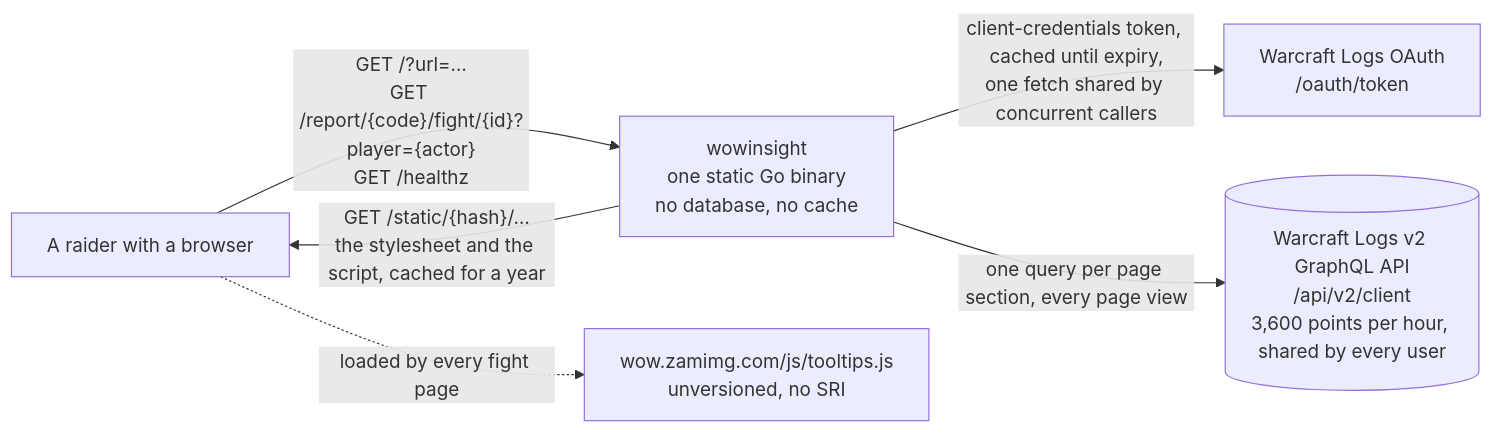
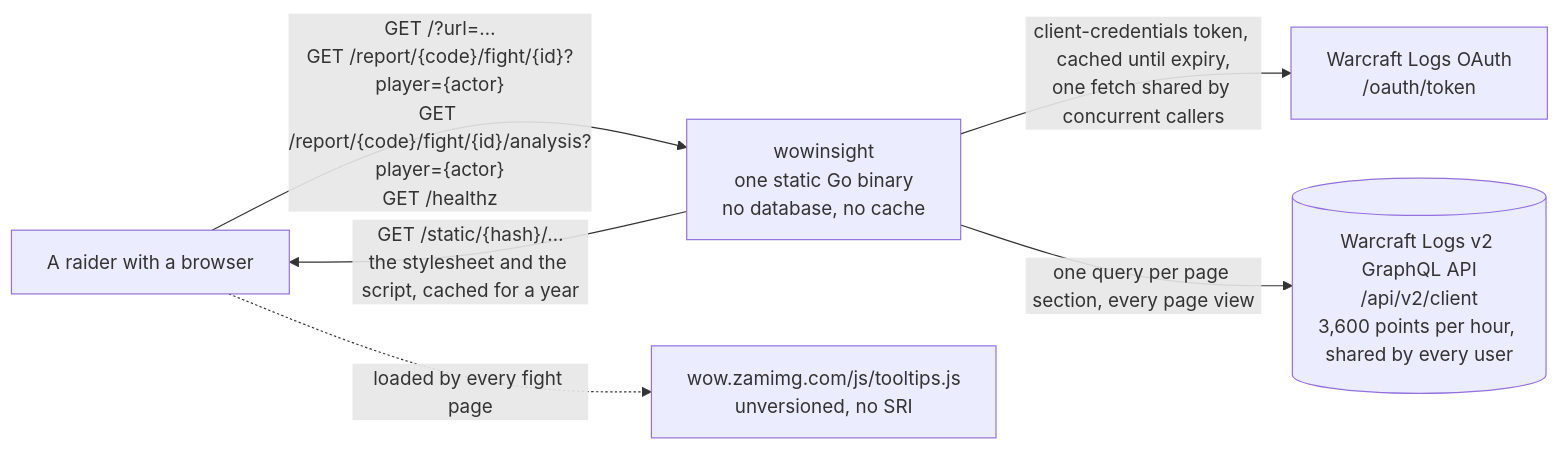
One commit to Gabriel2048/wow-insights changed the first of 3 diagrams in ARCHITECTURE.md. Above: the diagram before and after it, drawn with Mermaid. The commit also changed other lines of this file and 9 other files, not shown here.

````diff
--- a/ARCHITECTURE.md
+++ b/ARCHITECTURE.md
@@ -16,14 +16,14 @@
 ```mermaid
 flowchart LR
     user["A raider with a browser"]
     app["wowinsight<br/>one static Go binary<br/>no database, no cache"]
     oauth["Warcraft Logs OAuth<br/>/oauth/token"]
     api[("Warcraft Logs v2 GraphQL API<br/>/api/v2/client<br/>3,600 points per hour, shared by every user")]
     zam["wow.zamimg.com/js/tooltips.js<br/>unversioned, no SRI"]
 
-    user -->|"GET /?url=…<br/>GET /report/{code}/fight/{id}?player={actor}<br/>GET /healthz"| app
+    user -->|"GET /?url=…<br/>GET /report/{code}/fight/{id}?player={actor}<br/>GET /report/{code}/fight/{id}/analysis?player={actor}<br/>GET /healthz"| app
     app -->|"client-credentials token, cached until expiry,<br/>one fetch shared by concurrent callers"| oauth
     app -->|"one query per page section, every page view"| api
     user -.->|"loaded by every fight page"| zam
     app -->|"GET /static/{hash}/…<br/>the stylesheet and the script, cached for a year"| user
 ```
````
